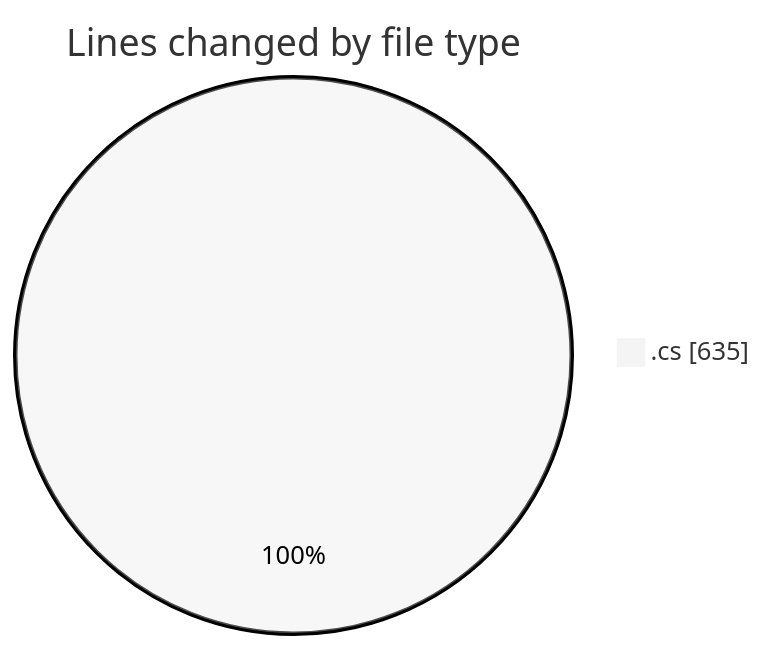
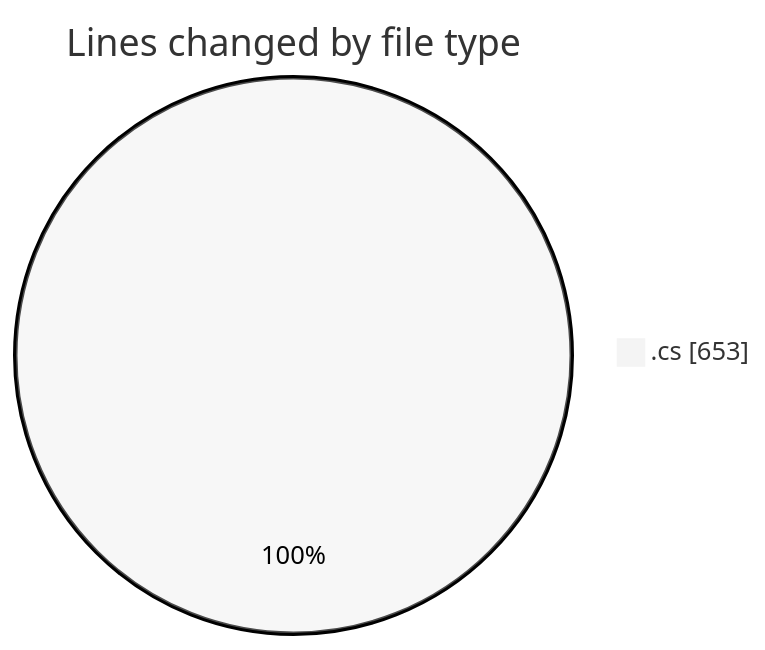
One commit to Netris89/code-tracking changed the first of 2 diagrams in 2025-04-01/back-end/README.md. Above: the diagram before and after it, drawn with Mermaid (neutral theme). The commit also changed other lines of this file and 1 other file, not shown here.

````diff
--- a/2025-04-01/back-end/README.md
+++ b/2025-04-01/back-end/README.md
@@ -23,5 +23,5 @@
 ```mermaid
 pie showData
 title Lines changed by file type
-".cs" : 635
+".cs" : 653
 ```
````
